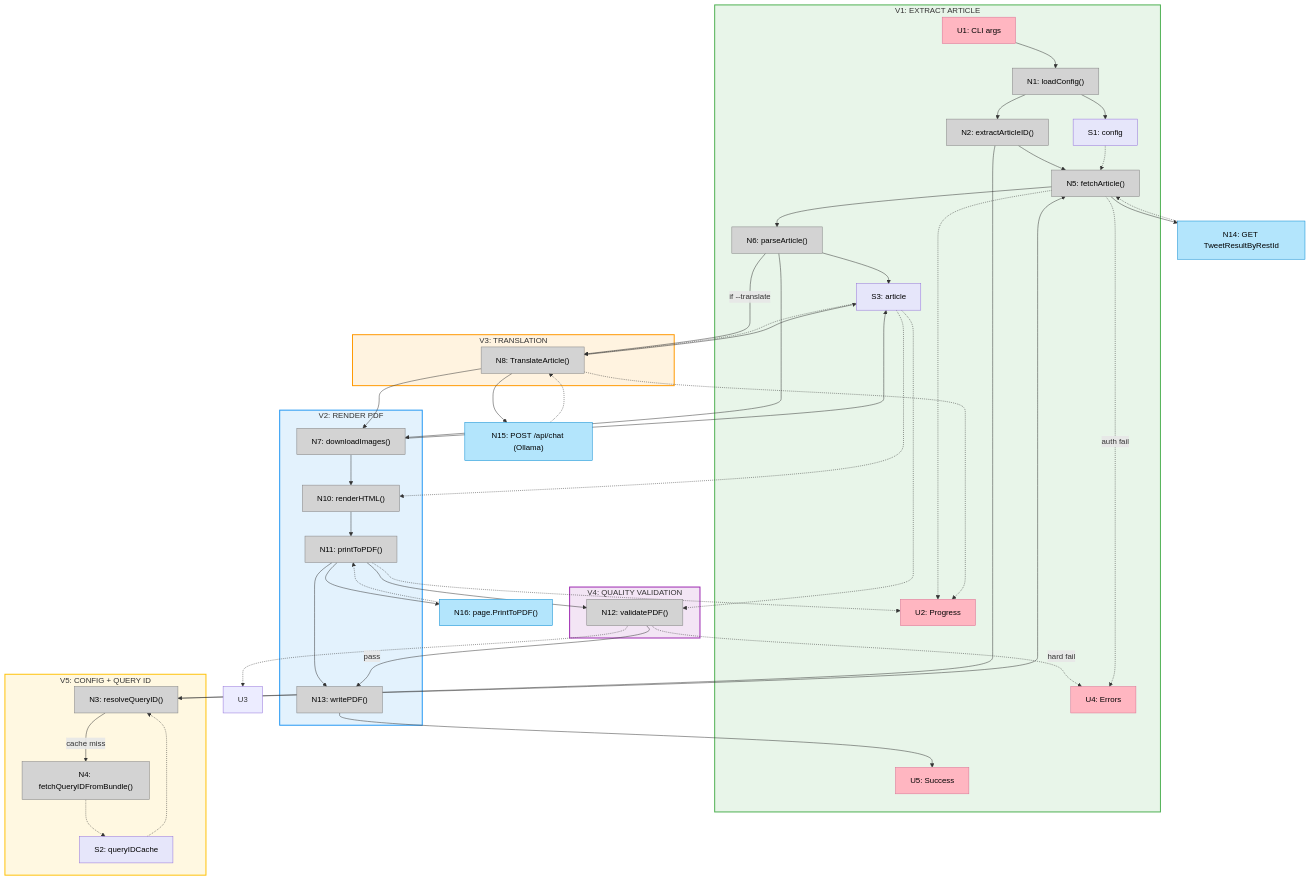
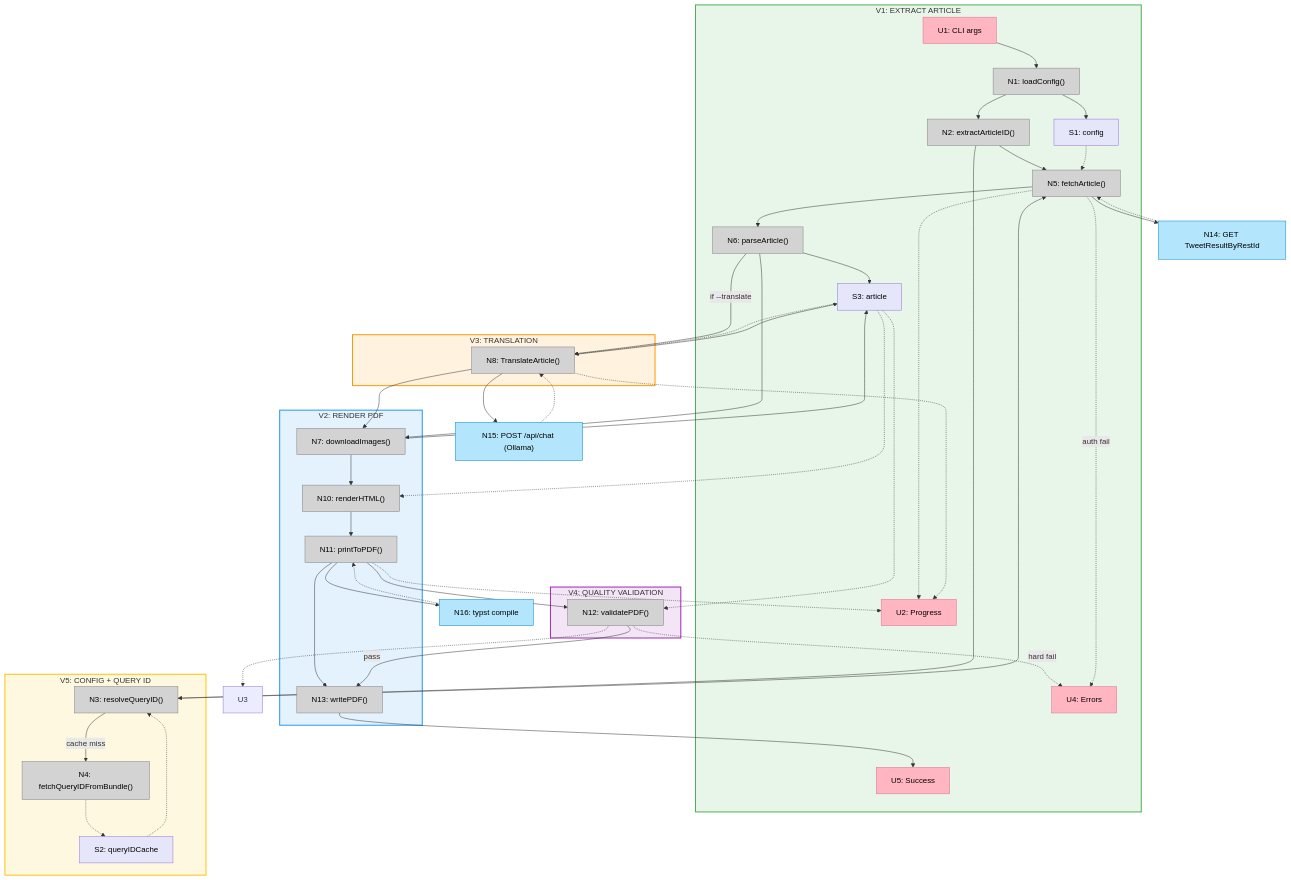
The diagram in shaping/slices.md (charlessuo/x-article-exporter), drawn with Mermaid before and after one commit. The commit also changed other lines of this file and 3 other files, not shown here.

```diff
--- a/shaping/slices.md
+++ b/shaping/slices.md
@@ -194,7 +196,7 @@
     %% External systems
     N14["N14: GET TweetResultByRestId"]
     N15["N15: POST /api/chat (Ollama)"]
-    N16["N16: page.PrintToPDF()"]
+    N16["N16: typst compile"]
 
     %% Force slice ordering
     V1 ~~~ V2
```
